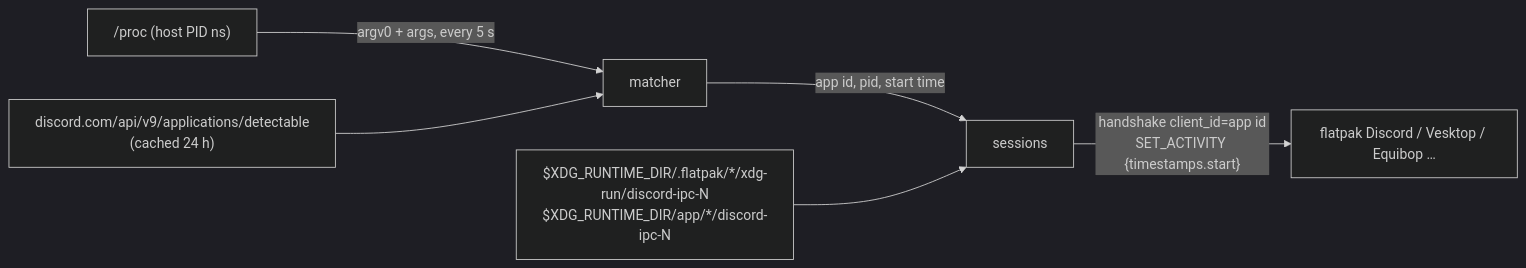
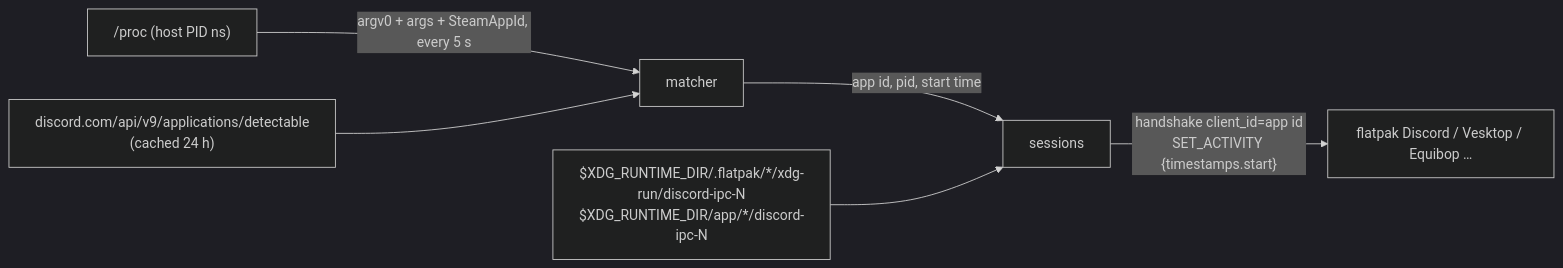
The diagram in README.md (kitten-lily/presence-bridge), drawn with Mermaid (dark theme) before and after one commit. The commit also changed other lines of this file and 7 other files, not shown here.

````diff
--- a/README.md
+++ b/README.md
@@ -22,8 +22,8 @@
 ```mermaid
 flowchart LR
-  P["/proc (host PID ns)"] -->|argv0 + args, every 5 s| M[matcher]
+  P["/proc (host PID ns)"] -->|argv0 + args + SteamAppId, every 5 s| M[matcher]
   D["discord.com/api/v9/applications/detectable<br/>(cached 24 h)"] --> M
   M -->|app id, pid, start time| S[sessions]
   R["$XDG_RUNTIME_DIR/.flatpak/*/xdg-run/discord-ipc-N<br/>$XDG_RUNTIME_DIR/app/*/discord-ipc-N"] --> S
   S -->|"handshake client_id=app id<br/>SET_ACTIVITY {timestamps.start}"| C[flatpak Discord / Vesktop / Equibop …]
 ```
````
